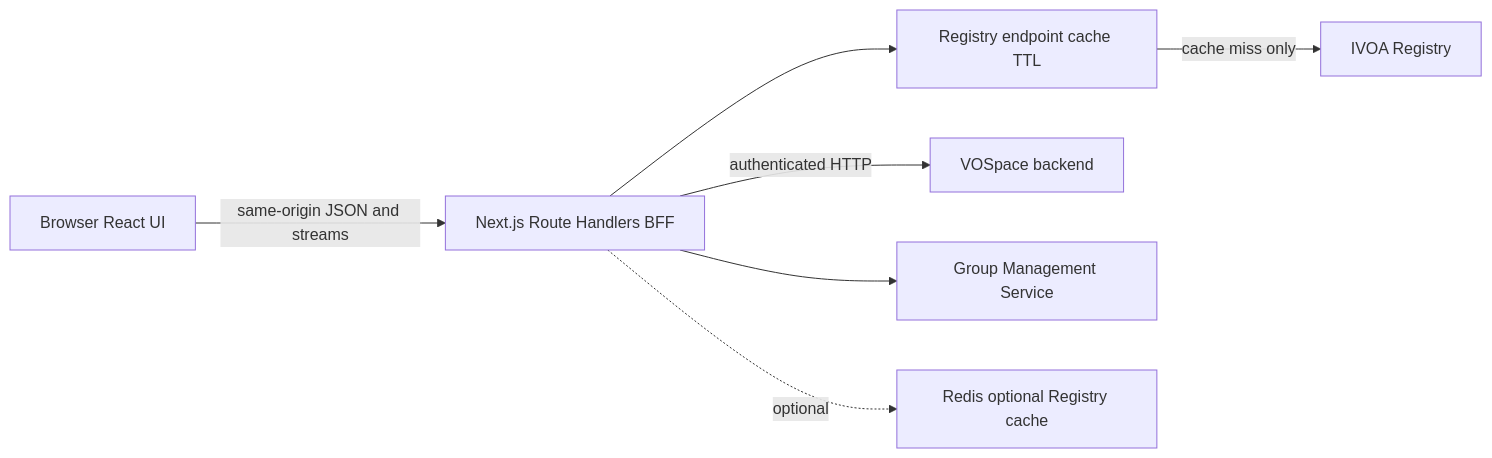
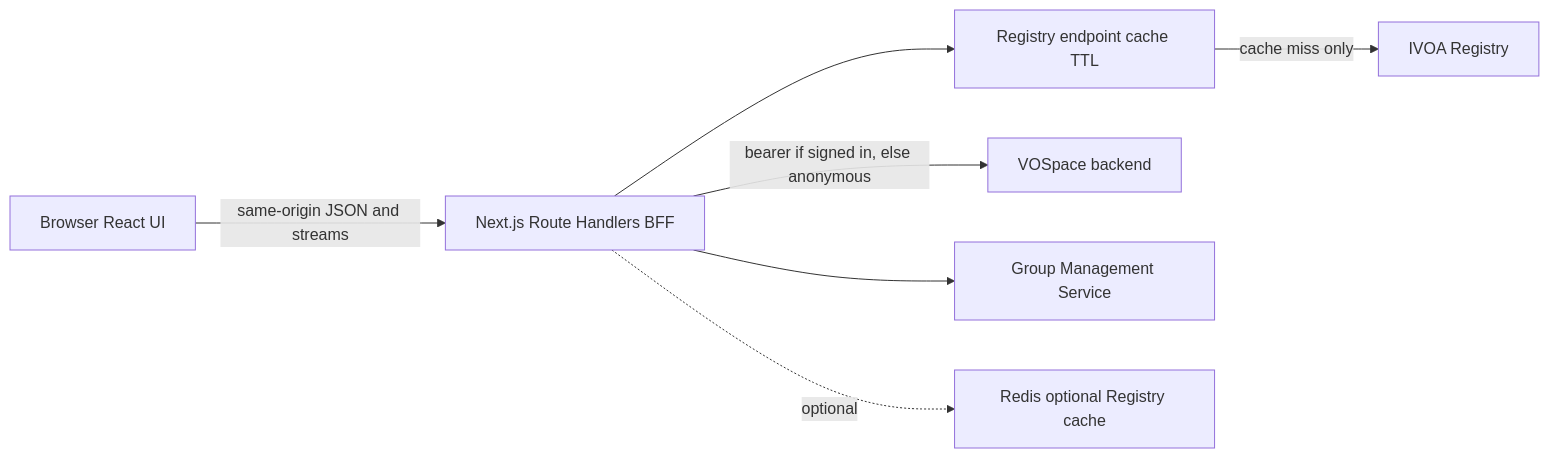
One commit to at88mph/travorse changed the first of 2 diagrams in docs/SPECIFICATION.md. Above: the diagram before and after it, drawn with Mermaid. The commit also changed other lines of this file and 13 other files, not shown here.

````diff
--- a/docs/SPECIFICATION.md
+++ b/docs/SPECIFICATION.md
@@ -139,17 +140,17 @@
 ```mermaid
 flowchart LR
   Browser[Browser React UI]
   BFF[Next.js Route Handlers BFF]
   RegCache[Registry endpoint cache TTL]
   Registry[IVOA Registry]
   VOSpace[VOSpace backend]
   GMS[Group Management Service]
   Redis[Redis optional Registry cache]
 
   Browser -->|same-origin JSON and streams| BFF
   BFF --> RegCache
   RegCache -->|cache miss only| Registry
-  BFF -->|authenticated HTTP| VOSpace
+  BFF -->|bearer if signed in, else anonymous| VOSpace
   BFF --> GMS
   BFF -.->|optional| Redis
 ```
````
